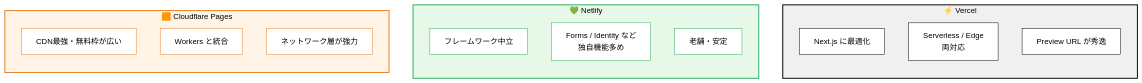
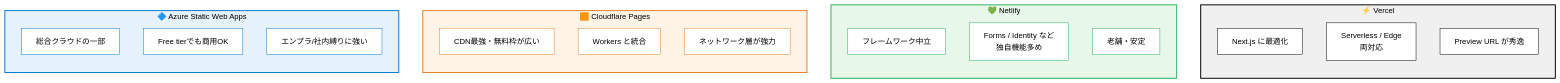
One commit to kasuyaofcb/tech_docs changed diagram 18 of 18 in vercel/vercel.md. Above: the diagram before and after it, drawn with Mermaid. The commit also changed other lines of this file and 3 other files, not shown here.

````diff
--- a/vercel/vercel.md
+++ b/vercel/vercel.md
@@ -463,36 +463,47 @@
 ```mermaid
 flowchart TB
     subgraph VC["⚡ Vercel"]
         direction TB
         V1["Next.js に最適化"]
         V2["Serverless / Edge<br/>両対応"]
         V3["Preview URL が秀逸"]
     end
 
     subgraph NL["💚 Netlify"]
         direction TB
         N1["フレームワーク中立"]
         N2["Forms / Identity など<br/>独自機能多め"]
         N3["老舗・安定"]
     end
 
     subgraph CF["🟧 Cloudflare Pages"]
         direction TB
         C1["CDN最強・無料枠が広い"]
         C2["Workers と統合"]
         C3["ネットワーク層が強力"]
     end
 
+    subgraph AZ["🔷 Azure Static Web Apps"]
+        direction TB
+        A1["総合クラウドの一部"]
+        A2["Free tierでも商用OK"]
+        A3["エンプラ/社内縛りに強い"]
+    end
+
     style VC fill:#F0F0F0,stroke:#000,stroke-width:2px,color:#000
     style NL fill:#E8F8E8,stroke:#27AE60,stroke-width:2px,color:#000
     style CF fill:#FFF4E5,stroke:#E67E22,stroke-width:2px,color:#000
+    style AZ fill:#E5F1FB,stroke:#0078D4,stroke-width:2px,color:#000
     style V1 fill:#fff,color:#000,stroke:#000
     style V2 fill:#fff,color:#000,stroke:#000
     style V3 fill:#fff,color:#000,stroke:#000
     style N1 fill:#fff,color:#000,stroke:#27AE60
     style N2 fill:#fff,color:#000,stroke:#27AE60
     style N3 fill:#fff,color:#000,stroke:#27AE60
     style C1 fill:#fff,color:#000,stroke:#E67E22
     style C2 fill:#fff,color:#000,stroke:#E67E22
     style C3 fill:#fff,color:#000,stroke:#E67E22
+    style A1 fill:#fff,color:#000,stroke:#0078D4
+    style A2 fill:#fff,color:#000,stroke:#0078D4
+    style A3 fill:#fff,color:#000,stroke:#0078D4
 ```
````
